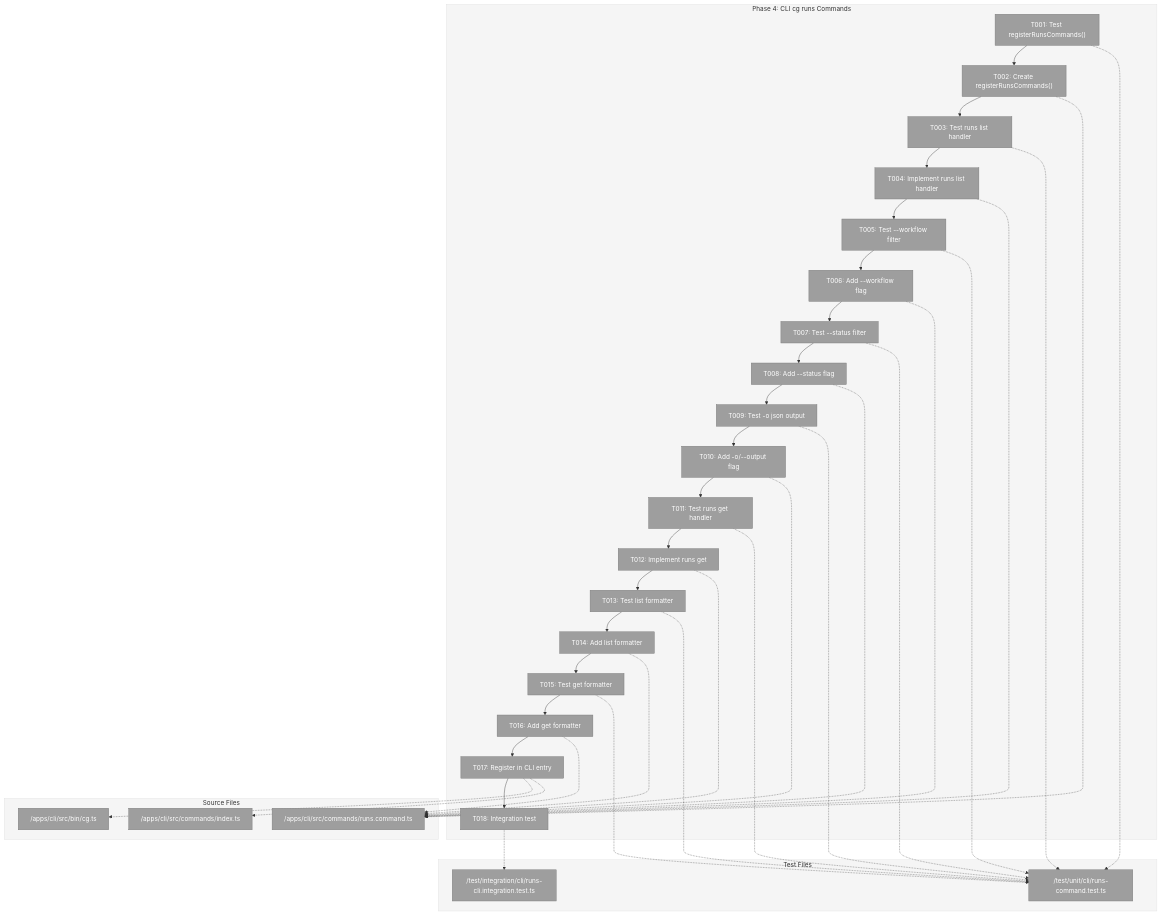
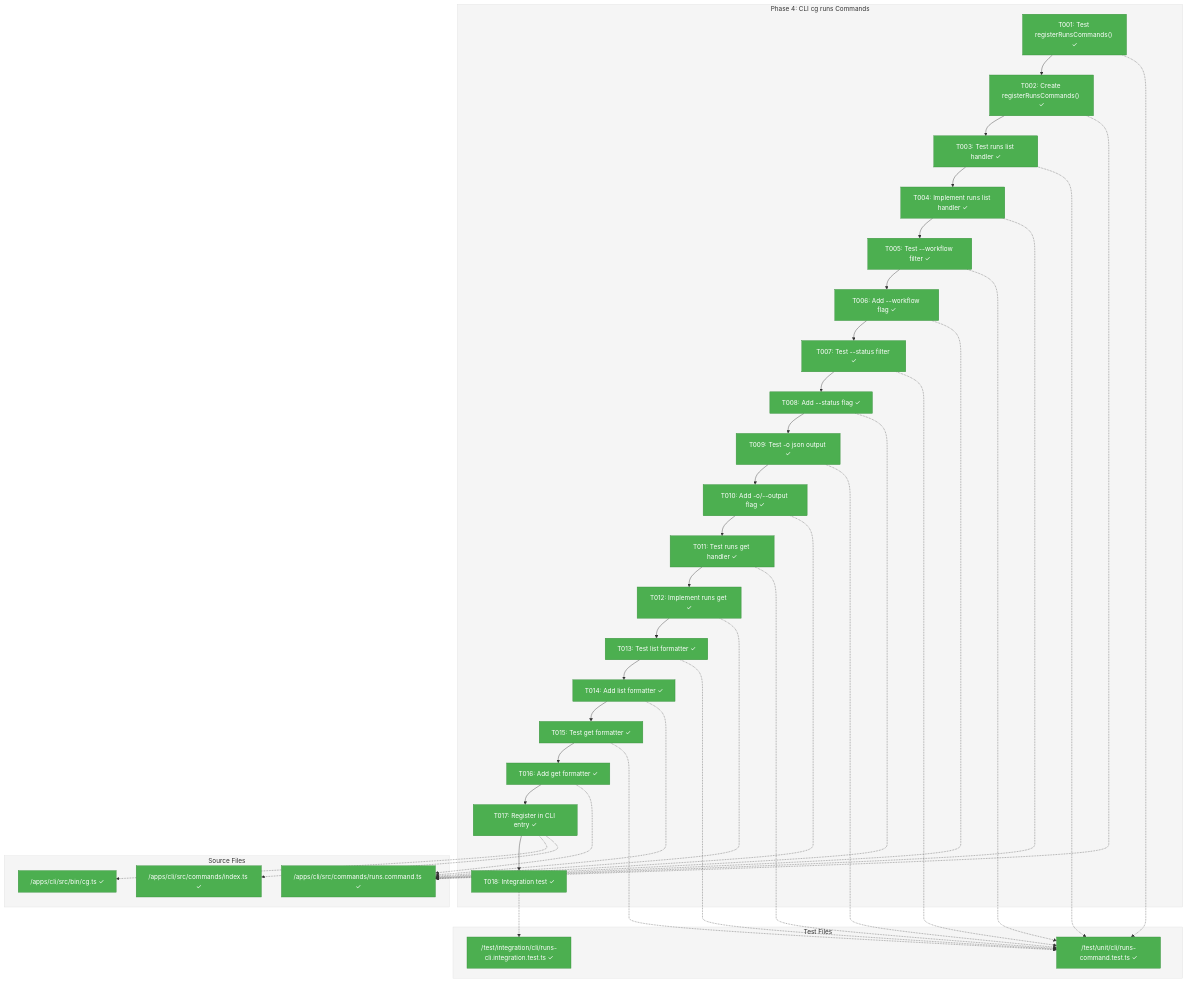
The first of 4 diagrams in docs/plans/010-entity-upgrade/tasks/phase-4-cli-cg-runs-commands/tasks.md (AI-Substrate/chainglass), drawn with Mermaid before and after one commit. The commit also changed other lines of this file and 6 other files, not shown here.

First line of the commit message:
feat(cli): Phase 4 - Add cg runs list and cg runs get commands

````diff
--- a/docs/plans/010-entity-upgrade/tasks/phase-4-cli-cg-runs-commands/tasks.md
+++ b/docs/plans/010-entity-upgrade/tasks/phase-4-cli-cg-runs-commands/tasks.md
@@ -99,81 +99,81 @@
 ```mermaid
 flowchart TD
     classDef pending fill:#9E9E9E,stroke:#757575,color:#fff
     classDef inprogress fill:#FF9800,stroke:#F57C00,color:#fff
     classDef completed fill:#4CAF50,stroke:#388E3C,color:#fff
     classDef blocked fill:#F44336,stroke:#D32F2F,color:#fff
 
     style Phase fill:#F5F5F5,stroke:#E0E0E0
     style Files fill:#F5F5F5,stroke:#E0E0E0
     style Tests fill:#F5F5F5,stroke:#E0E0E0
 
     subgraph Phase["Phase 4: CLI cg runs Commands"]
-        T001["T001: Test registerRunsCommands()"]:::pending
-        T002["T002: Create registerRunsCommands()"]:::pending
-        T003["T003: Test runs list handler"]:::pending
-        T004["T004: Implement runs list handler"]:::pending
-        T005["T005: Test --workflow filter"]:::pending
-        T006["T006: Add --workflow flag"]:::pending
-        T007["T007: Test --status filter"]:::pending
-        T008["T008: Add --status flag"]:::pending
-        T009["T009: Test -o json output"]:::pending
-        T010["T010: Add -o/--output flag"]:::pending
-        T011["T011: Test runs get handler"]:::pending
-        T012["T012: Implement runs get"]:::pending
-        T013["T013: Test list formatter"]:::pending
-        T014["T014: Add list formatter"]:::pending
-        T015["T015: Test get formatter"]:::pending
-        T016["T016: Add get formatter"]:::pending
-        T017["T017: Register in CLI entry"]:::pending
-        T018["T018: Integration test"]:::pending
+        T001["T001: Test registerRunsCommands() ✓"]:::completed
+        T002["T002: Create registerRunsCommands() ✓"]:::completed
+        T003["T003: Test runs list handler ✓"]:::completed
+        T004["T004: Implement runs list handler ✓"]:::completed
+        T005["T005: Test --workflow filter ✓"]:::completed
+        T006["T006: Add --workflow flag ✓"]:::completed
+        T007["T007: Test --status filter ✓"]:::completed
+        T008["T008: Add --status flag ✓"]:::completed
+        T009["T009: Test -o json output ✓"]:::completed
+        T010["T010: Add -o/--output flag ✓"]:::completed
+        T011["T011: Test runs get handler ✓"]:::completed
+        T012["T012: Implement runs get ✓"]:::completed
+        T013["T013: Test list formatter ✓"]:::completed
+        T014["T014: Add list formatter ✓"]:::completed
+        T015["T015: Test get formatter ✓"]:::completed
+        T016["T016: Add get formatter ✓"]:::completed
+        T017["T017: Register in CLI entry ✓"]:::completed
+        T018["T018: Integration test ✓"]:::completed
 
         T001 --> T002
         T002 --> T003
         T003 --> T004
         T004 --> T005
         T005 --> T006
         T006 --> T007
         T007 --> T008
         T008 --> T009
         T009 --> T010
         T010 --> T011
         T011 --> T012
         T012 --> T013
         T013 --> T014
         T014 --> T015
         T015 --> T016
         T016 --> T017
         T017 --> T018
     end
 
     subgraph Files["Source Files"]
-        F1["/apps/cli/src/commands/runs.command.ts"]:::pending
-        F2["/apps/cli/src/bin/cg.ts"]:::pending
-        F3["/apps/cli/src/commands/index.ts"]:::pending
+        F1["/apps/cli/src/commands/runs.command.ts ✓"]:::completed
+        F2["/apps/cli/src/bin/cg.ts ✓"]:::completed
+        F3["/apps/cli/src/commands/index.ts ✓"]:::completed
     end
 
     subgraph Tests["Test Files"]
-        T1["/test/unit/cli/runs-command.test.ts"]:::pending
-        T2["/test/integration/cli/runs-cli.integration.test.ts"]:::pending
+        T1["/test/unit/cli/runs-command.test.ts ✓"]:::completed
+        T2["/test/integration/cli/runs-cli.integration.test.ts ✓"]:::completed
     end
 
     T001 -.-> T1
     T002 -.-> F1
     T003 -.-> T1
     T004 -.-> F1
     T005 -.-> T1
     T006 -.-> F1
     T007 -.-> T1
     T008 -.-> F1
     T009 -.-> T1
     T010 -.-> F1
     T011 -.-> T1
     T012 -.-> F1
     T013 -.-> T1
     T014 -.-> F1
     T015 -.-> T1
     T016 -.-> F1
     T017 -.-> F2
     T017 -.-> F3
     T018 -.-> T2
 ```
````
